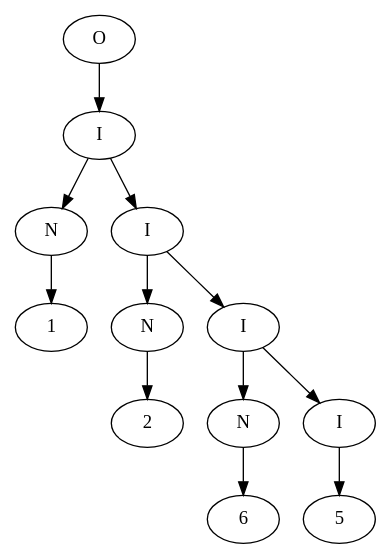
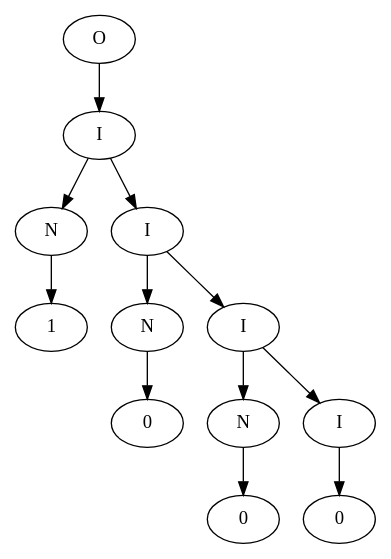
One commit to rcastroumg/AutomatasYLenguajesA changed the diagram in DivisibleEnCInco/archivo.dot. Above: the diagram before and after it, drawn with Graphviz. The commit also changed 21 other files, not shown here.

```diff
--- a/DivisibleEnCInco/archivo.dot
+++ b/DivisibleEnCInco/archivo.dot
@@ -1,26 +1,26 @@
 digraph G{
 nodo0 [label=1];
 nodo1 [label=N];
 nodo1 -> nodo0;
-nodo2 [label=2];
+nodo2 [label=0];
 nodo3 [label=N];
 nodo3 -> nodo2;
-nodo4 [label=6];
+nodo4 [label=0];
 nodo5 [label=N];
 nodo5 -> nodo4;
-nodo6 [label=5];
+nodo6 [label=0];
 nodo7 [label=I];
 nodo7 -> nodo6;
 nodo8 [label=I];
 nodo8 -> nodo5;
 nodo8 -> nodo7;
 nodo9 [label=I];
 nodo9 -> nodo3;
 nodo9 -> nodo8;
 nodo10 [label=I];
 nodo10 -> nodo1;
 nodo10 -> nodo9;
 nodo11 [label=O];
 nodo11 -> nodo10;
 
 }
```
